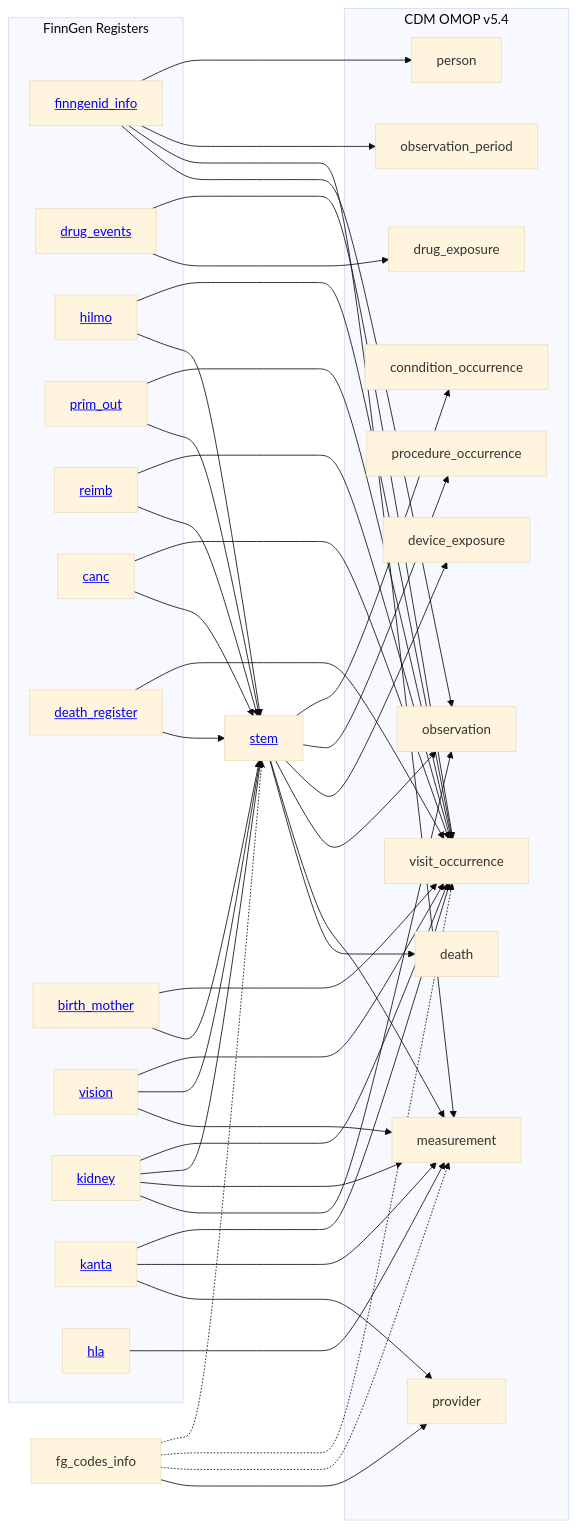
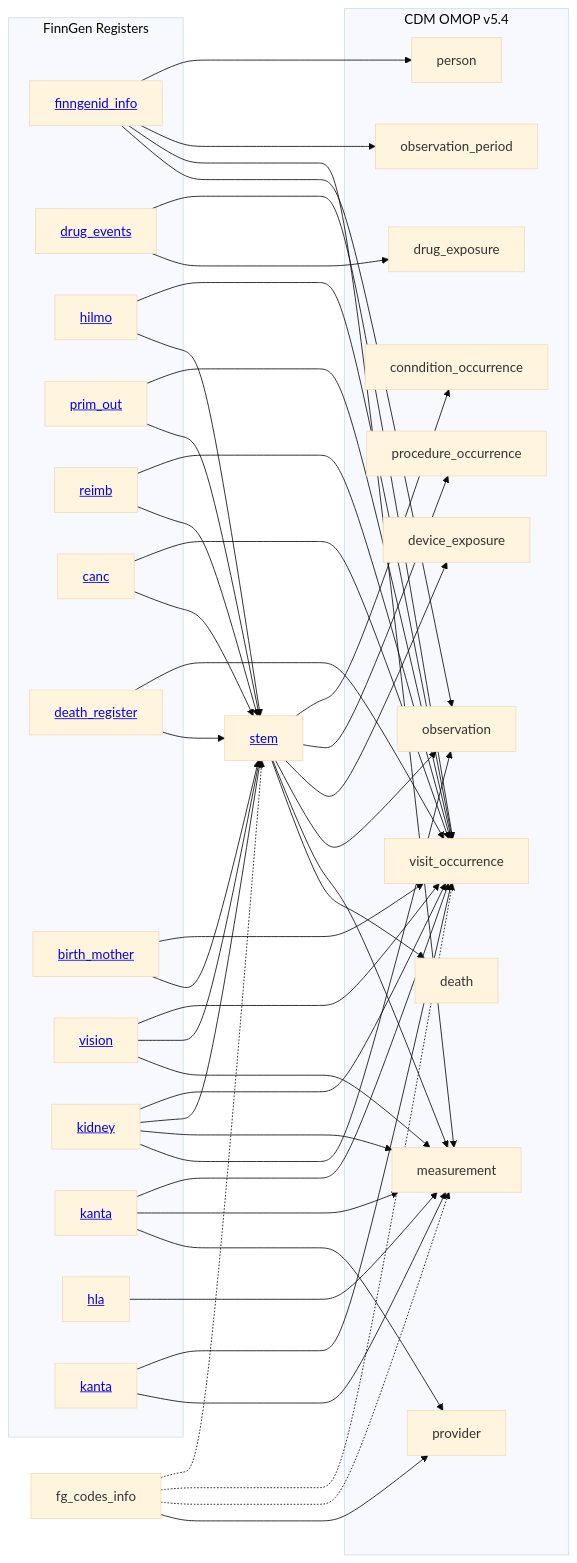
The diagram in 2_etl_specifications/documentation/home.md (FINNGEN/ETL), drawn with Mermaid before and after one commit. The commit also changed other lines of this file and 13 other files, not shown here.

```diff
--- a/2_etl_specifications/documentation/home.md
+++ b/2_etl_specifications/documentation/home.md
@@ -33,6 +33,7 @@
         kidney[<a href='kidney.html'>kidney</a>]
         kanta[<a href='kanta.html'>kanta</a>]
         hla[<a href='hla.html'>hla</a>]
+        spirometry[<a href='spirometry.html'>kanta</a>]
     end
 
     stem[<a href='stem.html'>stem</a>]
@@ -92,6 +93,9 @@
     kanta --> provider
 
     hla --> measurement
+
+    spirometry --> visit_occurrence
+    spirometry --> measurement
     
     stem --> conndition_occurrence 
     stem --> procedure_occurrence
```
